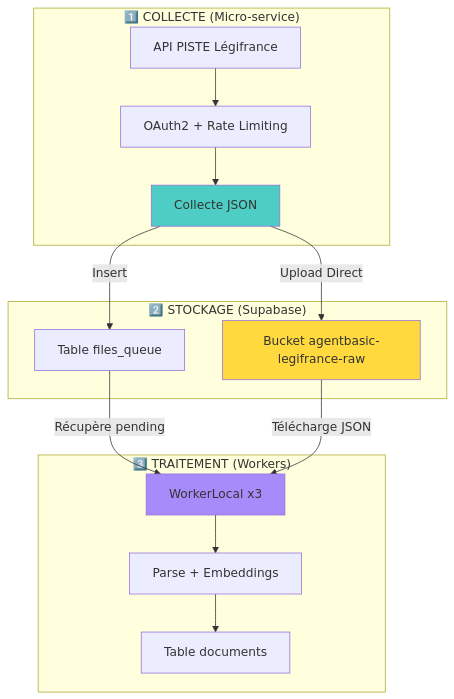
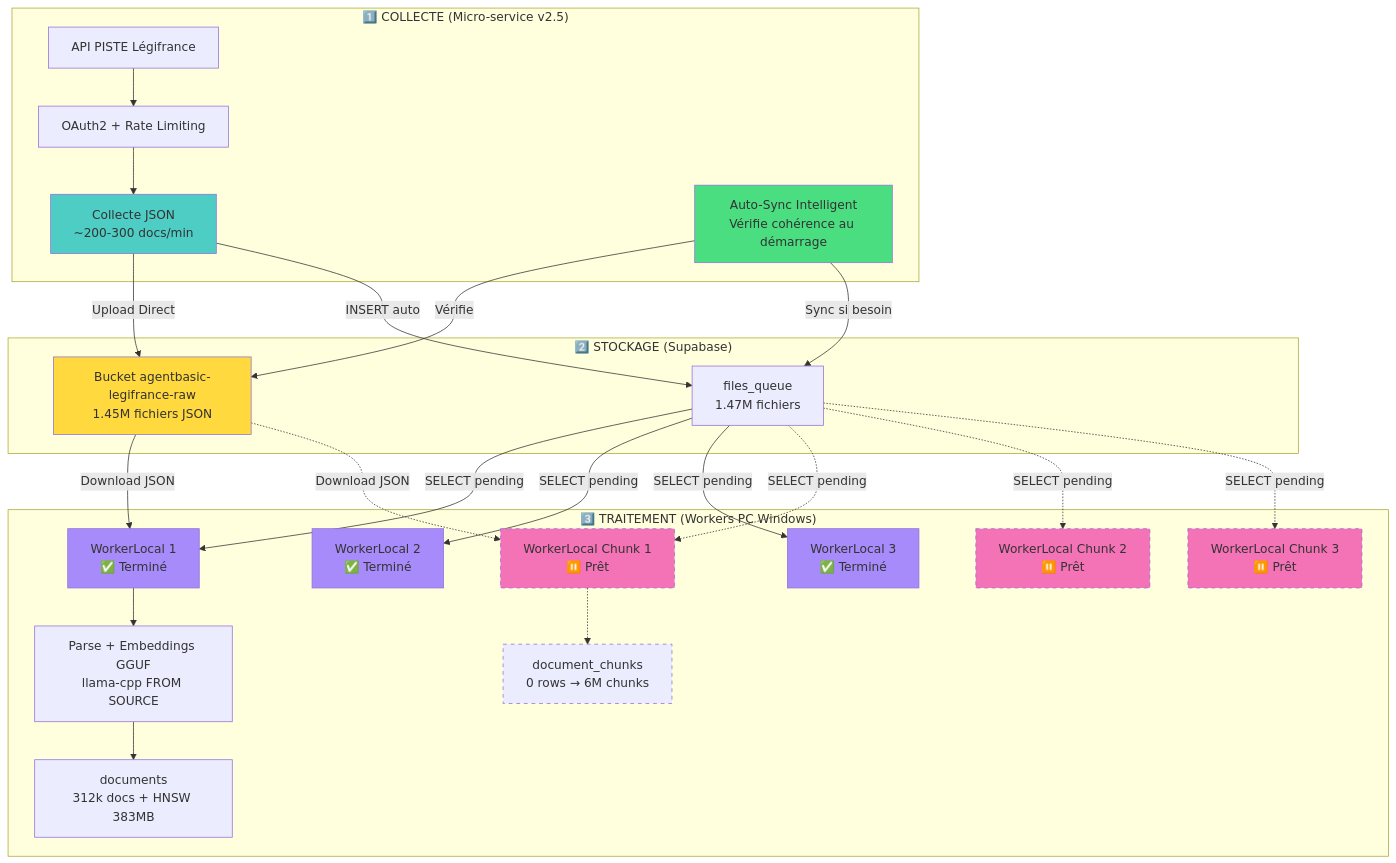
One commit to Volgine/Documentations-Projets-ArchiReg changed the third of 3 diagrams in 12-MICRO-SERVICE-LEGIFRANCE.md. Above: the diagram before and after it, drawn with Mermaid. The commit also changed 3 other files, not shown here.

Commit message:
docs: Correction diagrammes Mermaid - Architecture réelle (3 Edge Functions, 2 Workers, files_queue, auto-sync, données actuelles)

````diff
--- a/12-MICRO-SERVICE-LEGIFRANCE.md
+++ b/12-MICRO-SERVICE-LEGIFRANCE.md
@@ -118,32 +118,57 @@
 ```mermaid
 graph TB
-    subgraph "1️⃣ COLLECTE (Micro-service)"
+    subgraph "1️⃣ COLLECTE (Micro-service v2.5)"
         A[API PISTE Légifrance]
         B[OAuth2 + Rate Limiting]
-        C[Collecte JSON]
+        C[Collecte JSON<br/>~200-300 docs/min]
+        SYNC[Auto-Sync Intelligent<br/>Vérifie cohérence au démarrage]
     end
     
     subgraph "2️⃣ STOCKAGE (Supabase)"
-        D[Bucket agentbasic-legifrance-raw]
-        E[Table files_queue]
+        D[Bucket agentbasic-legifrance-raw<br/>1.45M fichiers JSON]
+        E[files_queue<br/>1.47M fichiers]
     end
     
-    subgraph "3️⃣ TRAITEMENT (Workers)"
-        F[WorkerLocal x3]
-        G[Parse + Embeddings]
-        H[Table documents]
+    subgraph "3️⃣ TRAITEMENT (Workers PC Windows)"
+        F1[WorkerLocal 1<br/>✅ Terminé]
+        F2[WorkerLocal 2<br/>✅ Terminé]
+        F3[WorkerLocal 3<br/>✅ Terminé]
+        G[Parse + Embeddings GGUF<br/>llama-cpp FROM SOURCE]
+        H[documents<br/>312k docs + HNSW 383MB]
+        
+        WC1[WorkerLocal Chunk 1<br/>⏸️ Prêt]
+        WC2[WorkerLocal Chunk 2<br/>⏸️ Prêt]
+        WC3[WorkerLocal Chunk 3<br/>⏸️ Prêt]
+        CHK[document_chunks<br/>0 rows → 6M chunks]
     end
     
     A --> B
     B --> C
     C -->|Upload Direct| D
-    C -->|Insert| E
-    E -->|Récupère pending| F
-    D -->|Télécharge JSON| F
-    F --> G
+    C -->|INSERT auto| E
+    SYNC -->|Vérifie| D
+    SYNC -->|Sync si besoin| E
+    E -->|SELECT pending| F1
+    E -->|SELECT pending| F2
+    E -->|SELECT pending| F3
+    D -->|Download JSON| F1
+    F1 --> G
     G --> H
     
+    E -.->|SELECT pending| WC1
+    E -.->|SELECT pending| WC2
+    E -.->|SELECT pending| WC3
+    D -.->|Download JSON| WC1
+    WC1 -.-> CHK
+    
     style C fill:#4ecdc4
+    style SYNC fill:#4ade80
     style D fill:#ffd93d
-    style F fill:#a78bfa
+    style F1 fill:#a78bfa
+    style F2 fill:#a78bfa
+    style F3 fill:#a78bfa
+    style WC1 fill:#f472b6,stroke-dasharray: 5 5
+    style WC2 fill:#f472b6,stroke-dasharray: 5 5
+    style WC3 fill:#f472b6,stroke-dasharray: 5 5
+    style CHK stroke-dasharray: 5 5
 ```
````
